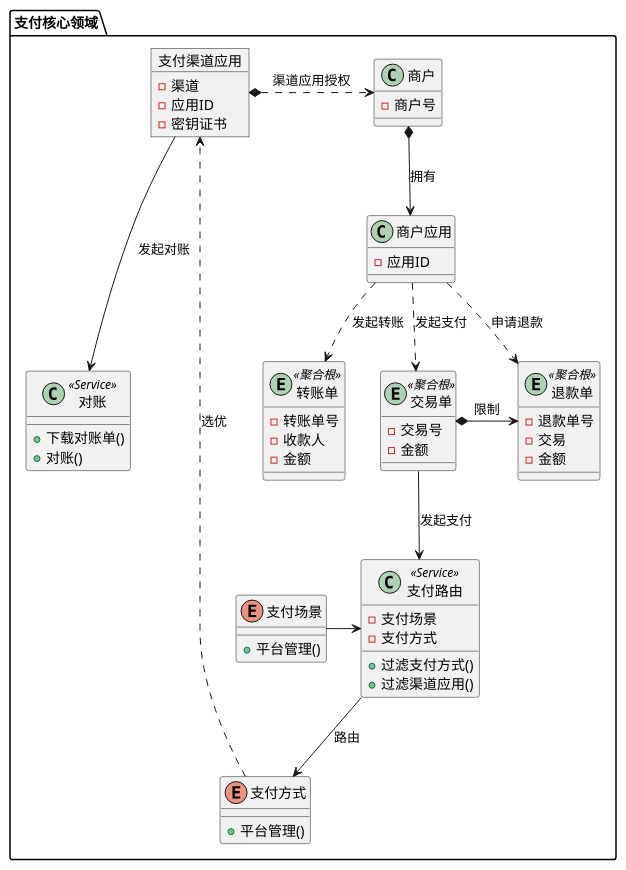
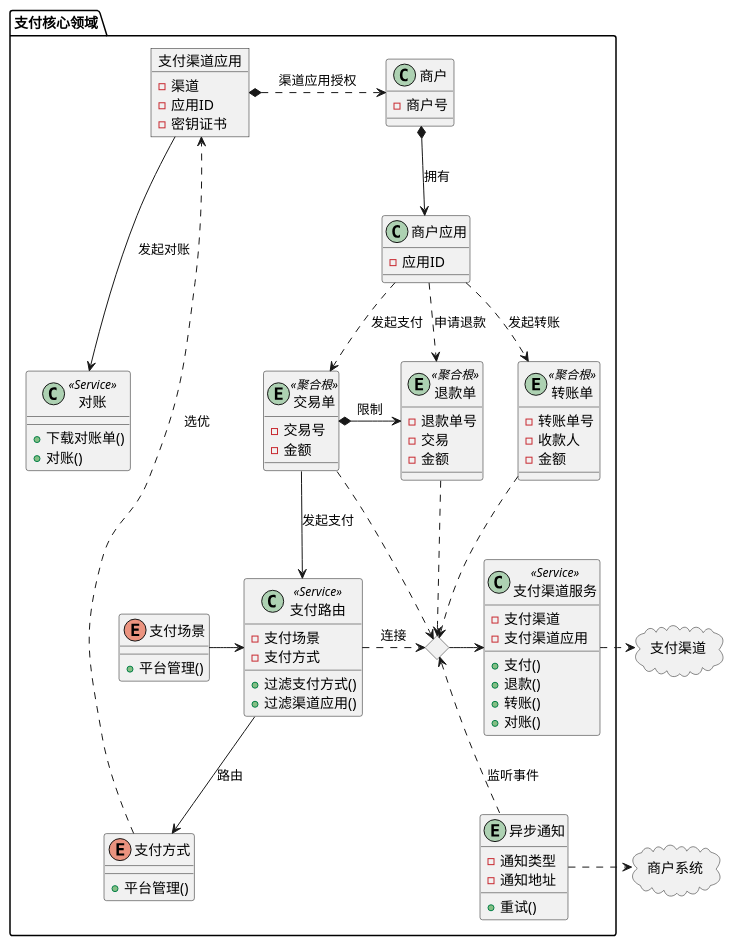
The second of 2 diagrams in docs/payments/index.md (red-jasmine/docs), drawn with PlantUML before and after one commit. The commit also changed other lines of this file and 1 other file, not shown here.

Commit message:
docs(payments): 更新支付领域模型和转账服务
- 在支付领域模型中添加了商户系统、支付渠道、异步通知等元素
- 新增了支付渠道服务、对账等服务类
- 优化了支付路由、对账等现有服务的结构
- 在转账服务中增加了单个转账和批量转账的功能
- 调整了商户应用与转账服务的交互方式
- 添加了支付渠道服务与外部支付渠道的交互协议

````diff
--- a/docs/payments/index.md
+++ b/docs/payments/index.md
@@ -73,5 +73,12 @@
 ```plantuml
 @startuml
+
+
+cloud 商户系统{
+}
+cloud 支付渠道{
+}
+
 
 package 支付核心领域 {
 
@@ -110,10 +117,23 @@
 - 金额
 }
 
-商户应用 ..> 交易单: 发起支付
-商户应用 ..> 退款单: 申请退款
-商户应用 ..> 转账单: 发起转账
+entity 异步通知{
+- 通知类型
+- 通知地址
++ 重试()
+}
 
+<> 核心节点
+
+
+class 支付渠道服务  << Service >>{
+- 支付渠道
+- 支付渠道应用
++ 支付()
++ 退款()
++ 转账()
++ 对账()
+}
 
 class 支付路由 << Service >> {
 	- 支付场景
@@ -121,18 +141,13 @@
 	+ 过滤支付方式()
 	+ 过滤渠道应用()
 }
+
 enum 支付场景{
 + 平台管理()
 }
 enum 支付方式{
 + 平台管理()
 }
-交易单 --> 支付路由: 发起支付
-支付场景 -> 支付路由
-支付路由 --> 支付方式: 路由
-
-支付方式 ..> 支付渠道应用: 选优
-
 
 
 class 对账 << Service >> {
@@ -140,9 +155,38 @@
 +对账()
 }
 
+商户应用 ..> 交易单: 发起支付
+商户应用 ..> 退款单: 申请退款
+商户应用 ..> 转账单: 发起转账
+
+
+交易单 ..> 核心节点
+退款单 ..> 核心节点 
+转账单 ..> 核心节点 
+
+核心节点 <..  异步通知: 监听事件
+
+核心节点 -> 支付渠道服务
+
+
+
+
+交易单 --> 支付路由: 发起支付
+支付场景 -> 支付路由
+支付路由 --> 支付方式: 路由
+
+支付方式 ..> 支付渠道应用: 选优
+
+支付路由 .> 核心节点: 连接
+
+
+
+
 支付渠道应用 ---> 对账:发起对账 
 
 }
 
+支付核心领域.异步通知 .> 商户系统
+支付核心领域.支付渠道服务 .> 支付渠道
 @enduml
 ```
````
